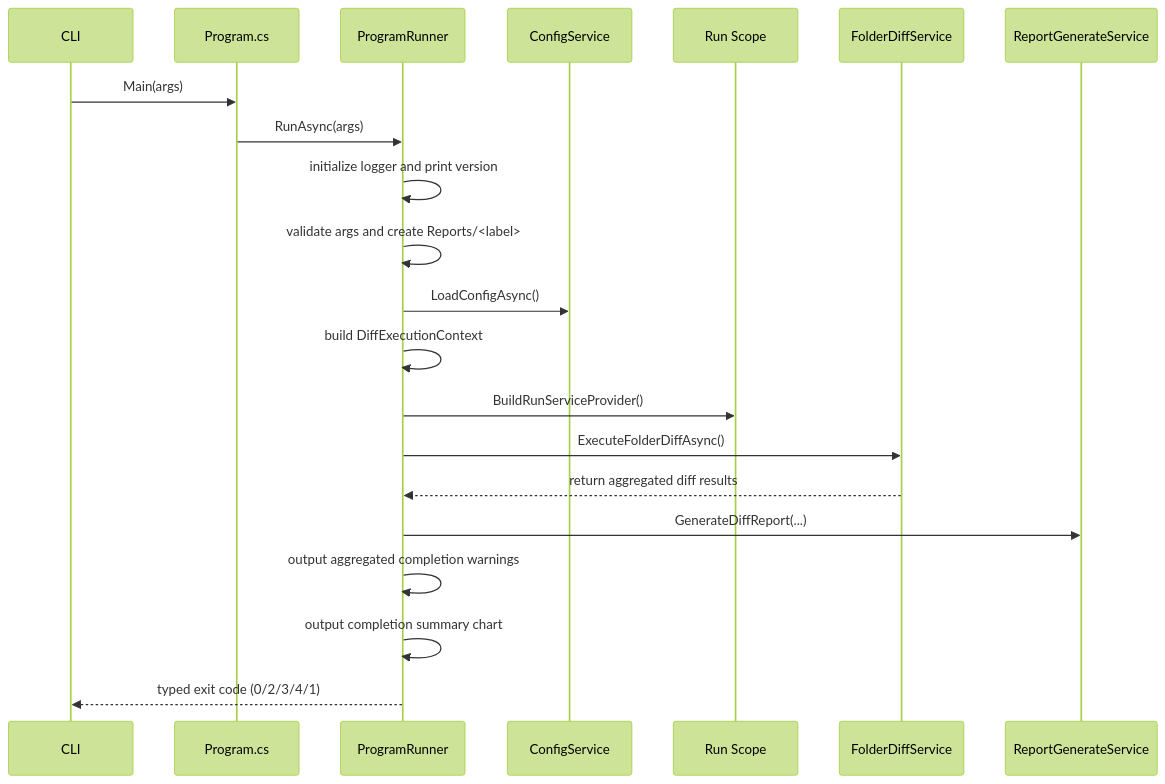
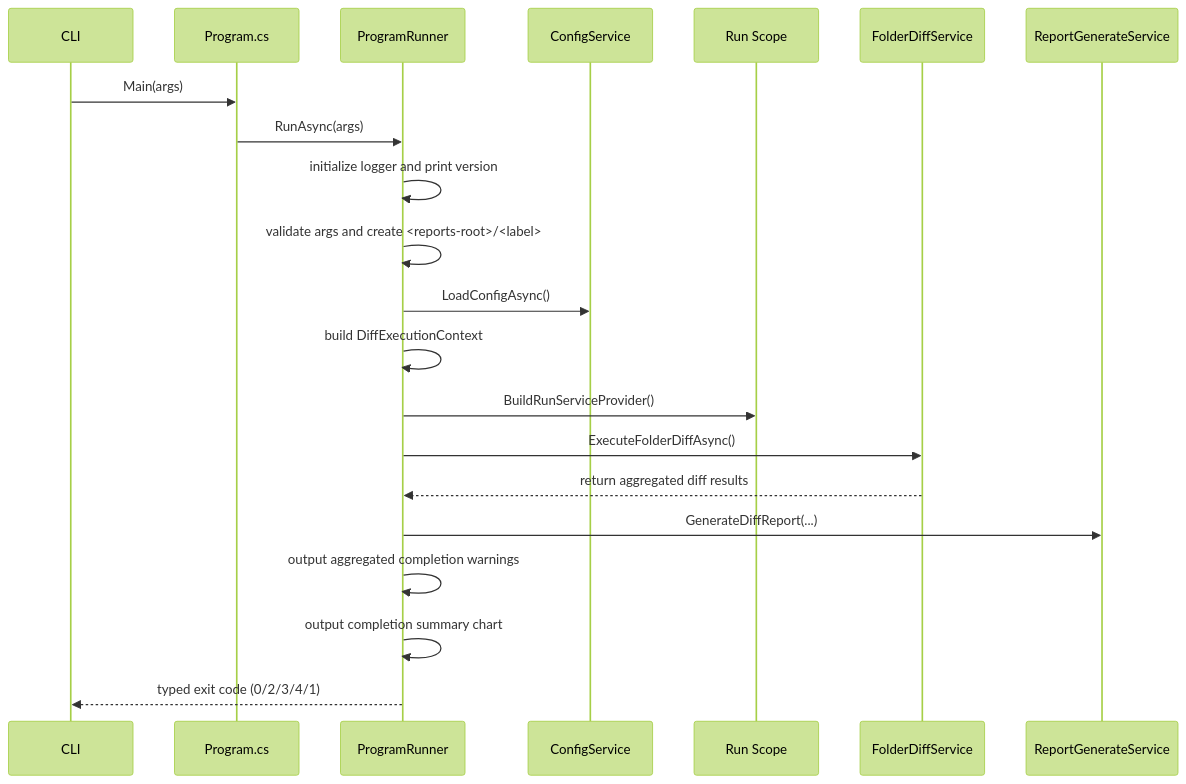
One commit to Widthdom/FolderDiffIL4DotNet changed the third of 12 diagrams in doc/DEVELOPER_GUIDE.md. Above: the diagram before and after it, drawn with Mermaid (forest theme). The commit also changed other lines of this file and 24 other files, not shown here.

````diff
--- a/doc/DEVELOPER_GUIDE.md
+++ b/doc/DEVELOPER_GUIDE.md
@@ -325,24 +325,24 @@
 ```mermaid
 sequenceDiagram
     participant CLI as CLI
     participant Program as Program.cs
     participant Runner as ProgramRunner
     participant Config as ConfigService
     participant Scope as Run Scope
     participant Diff as FolderDiffService
     participant Report as ReportGenerateService
 
     CLI->>Program: Main(args)
     Program->>Runner: RunAsync(args)
     Runner->>Runner: initialize logger and print version
-    Runner->>Runner: validate args and create Reports/<label>
+    Runner->>Runner: validate args and create <reports-root>/<label>
     Runner->>Config: LoadConfigAsync()
     Runner->>Runner: build DiffExecutionContext
     Runner->>Scope: BuildRunServiceProvider()
     Runner->>Diff: ExecuteFolderDiffAsync()
     Diff-->>Runner: return aggregated diff results
     Runner->>Report: GenerateDiffReport(...)
     Runner->>Runner: output aggregated completion warnings
     Runner->>Runner: output completion summary chart
     Runner-->>CLI: typed exit code (0/2/3/4/1)
 ```
````
